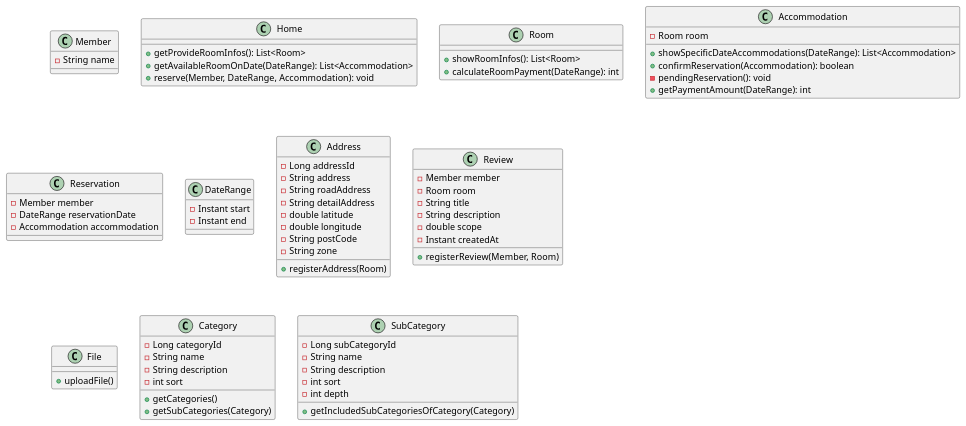
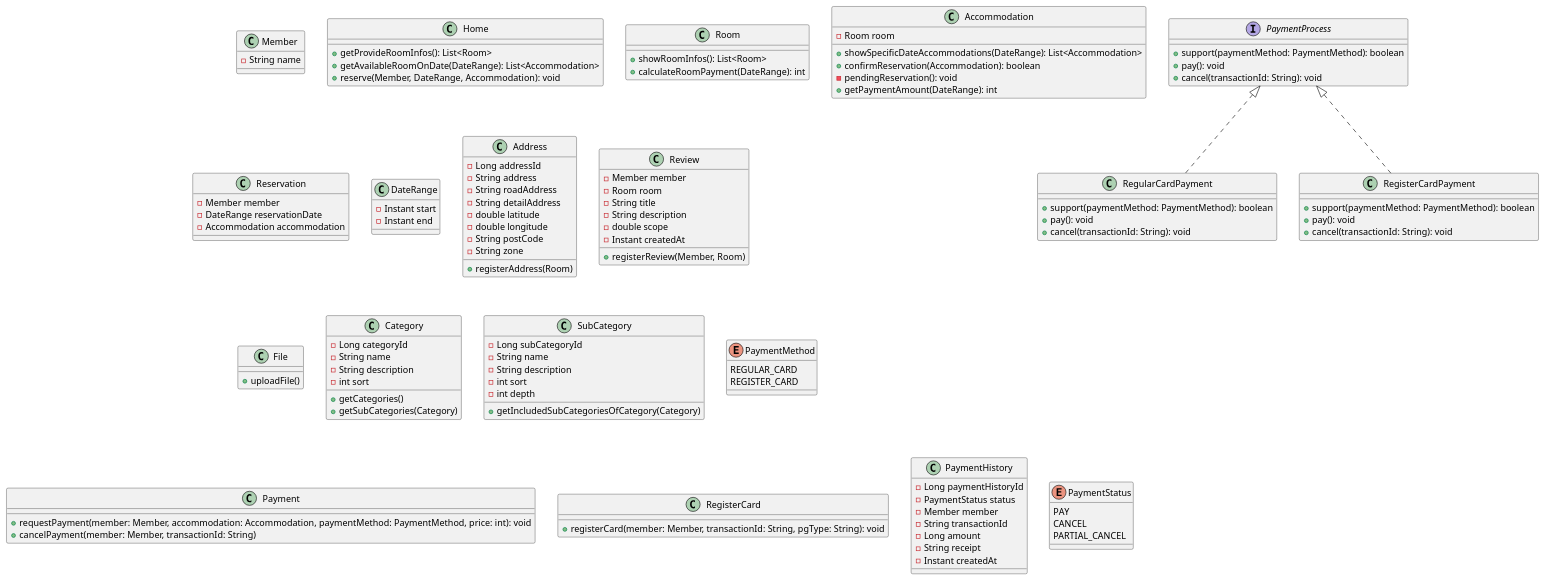
The diagram in class-diagram.puml (f-lab-edu/room-reservation-service), drawn with PlantUML before and after one commit.

Commit message:
feat: 결제 클래스 다이어그램 작성

```diff
--- a/class-diagram.puml
+++ b/class-diagram.puml
@@ -1,80 +1,128 @@
 @startuml
 class Member {
   -String name
 }
 
 class Home {
   +getProvideRoomInfos(): List<Room>
   +getAvailableRoomOnDate(DateRange): List<Accommodation>
   +reserve(Member, DateRange, Accommodation): void
 }
 
 class Room {
   +showRoomInfos(): List<Room>
   +calculateRoomPayment(DateRange): int
 }
 
 class Accommodation {
   -Room room
   +showSpecificDateAccommodations(DateRange): List<Accommodation>
   +confirmReservation(Accommodation): boolean
   -pendingReservation(): void
   +getPaymentAmount(DateRange): int
 }
 
 class Reservation {
   -Member member
   -DateRange reservationDate
   -Accommodation accommodation
 }
 
 class DateRange {
   -Instant start
   -Instant end
 }
 
 class Address {
   -Long addressId
   -String address
   -String roadAddress
   -String detailAddress
   -double latitude
   -double longitude
   -String postCode
   -String zone
   +registerAddress(Room)
 }
 
 class Review {
   -Member member
   -Room room
   -String title
   -String description
   -double scope
   -Instant createdAt
   +registerReview(Member, Room)
 }
 
 class File {
   +uploadFile()
 }
 
 class Category {
   -Long categoryId
   -String name
   -String description
   -int sort
   +getCategories()
   +getSubCategories(Category)
 }
 
 class SubCategory {
   -Long subCategoryId
   -String name
   -String description
   -int sort
   -int depth
   +getIncludedSubCategoriesOfCategory(Category)
 }
 
+enum PaymentMethod {
+  REGULAR_CARD
+  REGISTER_CARD
+}
+
+class Payment {
+ +requestPayment(member: Member, accommodation: Accommodation, paymentMethod: PaymentMethod, price: int): void
+ +cancelPayment(member: Member, transactionId: String)
+}
+
+class RegisterCard {
+ +registerCard(member: Member, transactionId: String, pgType: String): void
+}
+
+interface PaymentProcess {
+ +support(paymentMethod: PaymentMethod): boolean
+ +pay(): void
+ +cancel(transactionId: String): void
+}
+
+class RegularCardPayment implements PaymentProcess {
+ +support(paymentMethod: PaymentMethod): boolean
+ +pay(): void
+ +cancel(transactionId: String): void
+}
+
+class RegisterCardPayment implements PaymentProcess  {
+ +support(paymentMethod: PaymentMethod): boolean
+ +pay(): void
+ +cancel(transactionId: String): void
+}
+
+class PaymentHistory {
+ -Long paymentHistoryId
+ -PaymentStatus status
+ -Member member
+ -String transactionId
+ -Long amount
+ -String receipt
+ -Instant createdAt
+}
+
+enum PaymentStatus {
+ PAY
+ CANCEL
+ PARTIAL_CANCEL
+}
+
 @enduml
```
